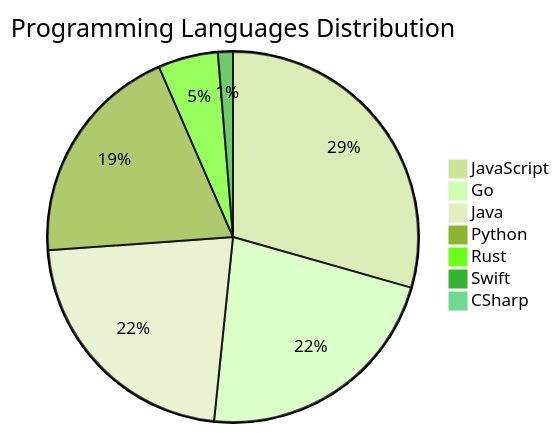
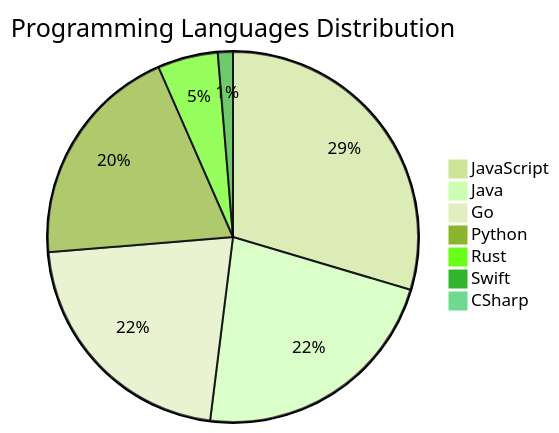
The diagram in README.md (Derrick-MUGISHA/github-activity-bot), drawn with Mermaid (forest theme) before and after one commit. The commit also changed other lines of this file and 4 other files, not shown here.

````diff
--- a/README.md
+++ b/README.md
@@ -207,10 +207,10 @@
 ```mermaid
 pie title Programming Languages Distribution
     "JavaScript" : 45
-    "Go" : 34
     "Java" : 34
+    "Go" : 33
     "Python" : 30
     "Rust" : 8
     "Swift" : 2
     "CSharp" : 1
 ```
````
